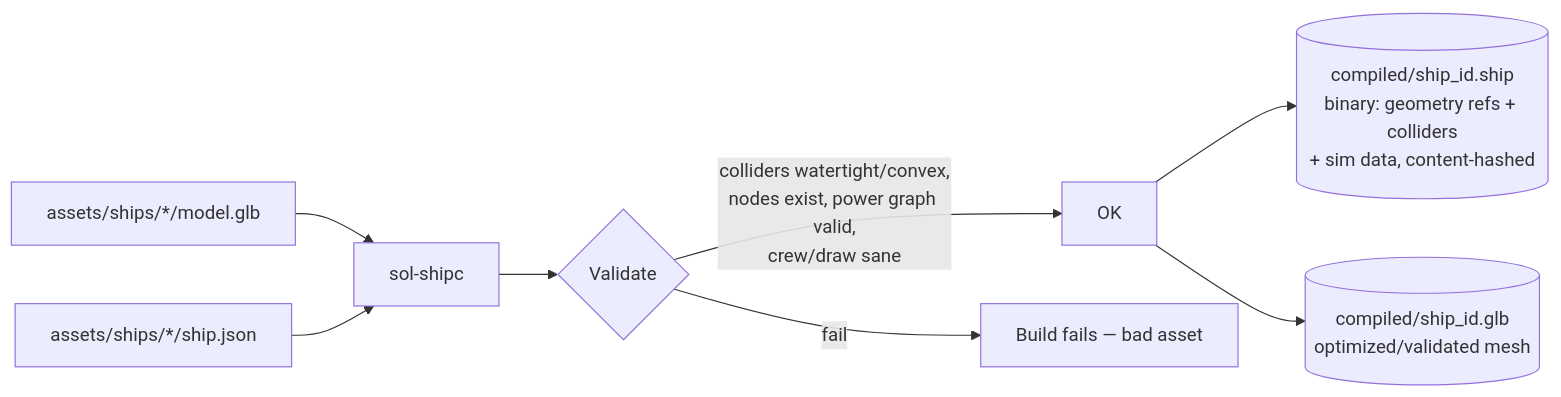
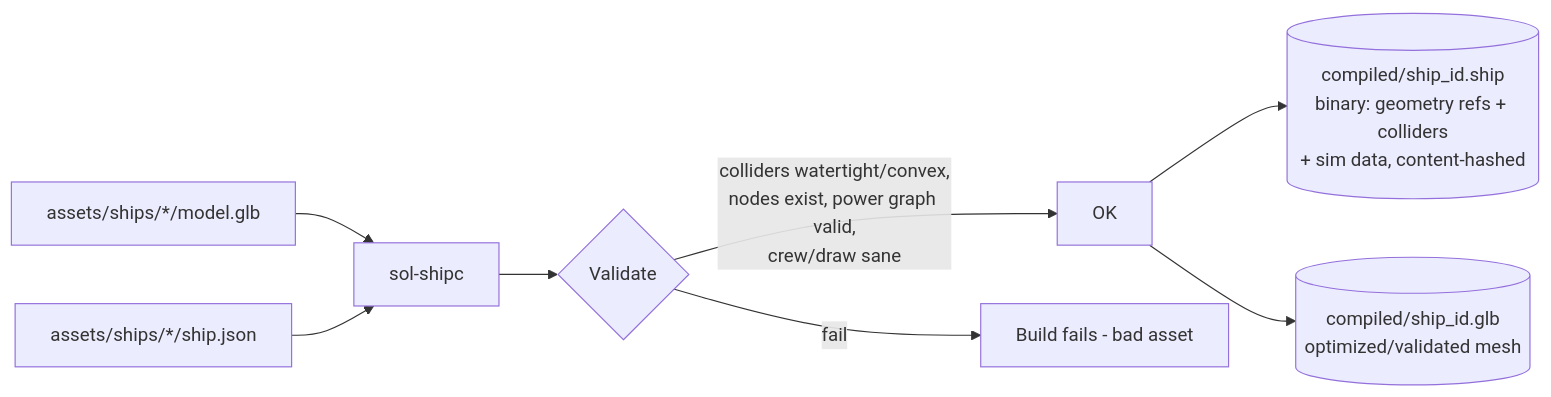
Before and after one commit to RubenTipparach/sea-of-lost-souls: the fourth of 4 diagrams in design.md, drawn with Mermaid. The commit also changed other lines of this file and 16 other files, not shown here.

````diff
--- a/design.md
+++ b/design.md
@@ -984,10 +984,10 @@
 ```mermaid
 flowchart LR
     A[assets/ships/*/model.glb] --> C[sol-shipc]
     B[assets/ships/*/ship.json] --> C
     C --> V{Validate}
     V -->|colliders watertight/convex,<br/>nodes exist, power graph valid,<br/>crew/draw sane| OK[OK]
-    V -->|fail| ERR[Build fails — bad asset]
+    V -->|fail| ERR[Build fails - bad asset]
     OK --> D[(compiled/ship_id.ship<br/>binary: geometry refs + colliders<br/>+ sim data, content-hashed)]
     OK --> E[(compiled/ship_id.glb<br/>optimized/validated mesh)]
 ```
````
